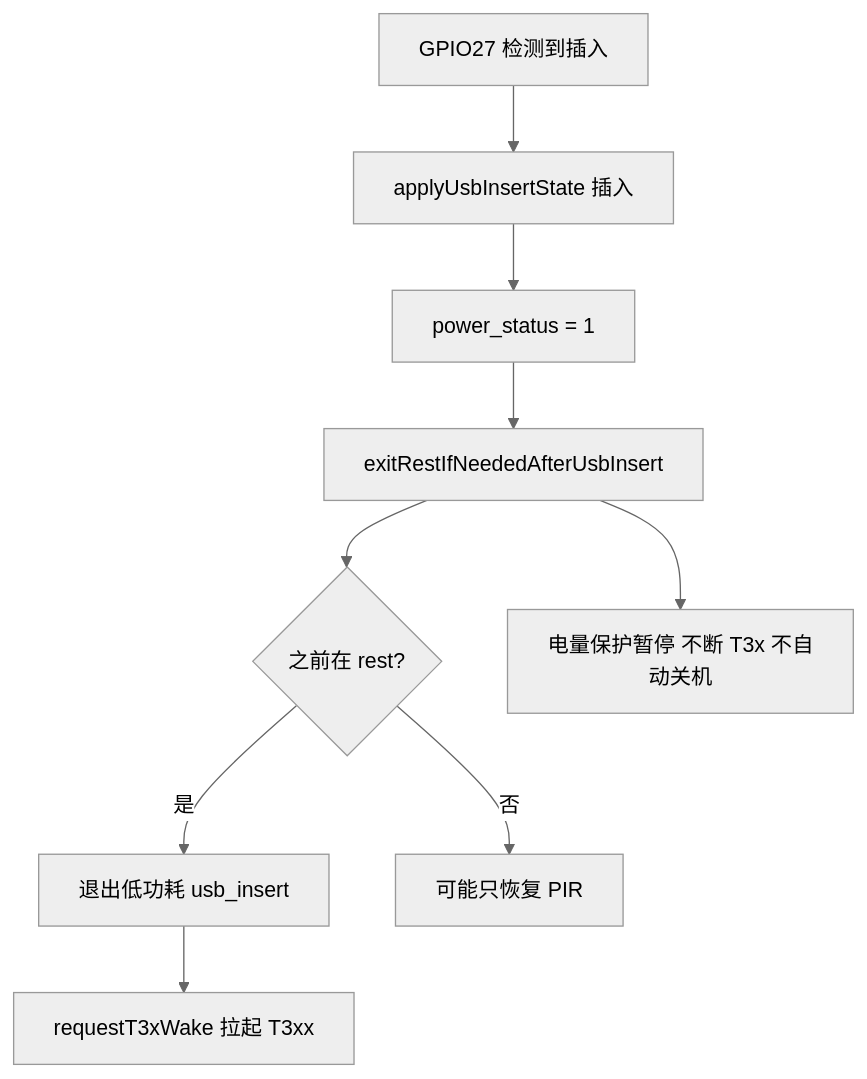
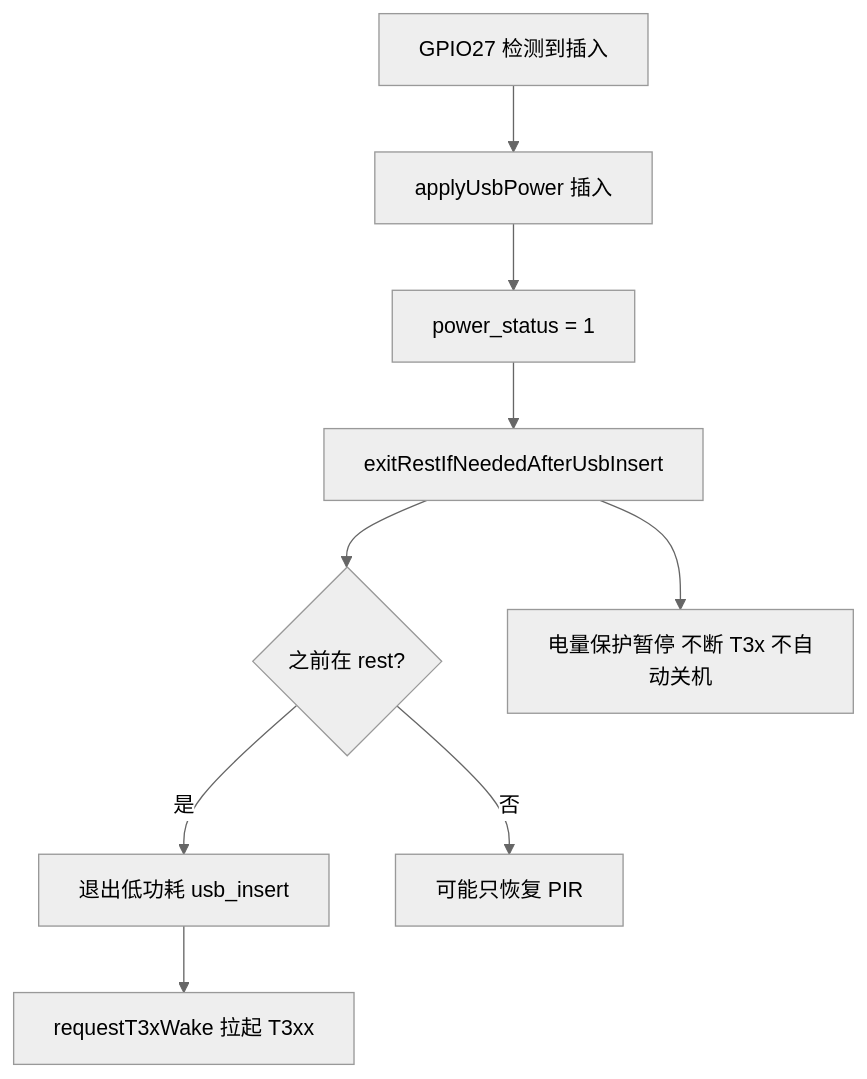
Before and after one commit to dzr1986/AIR780EHM: the second of 5 diagrams in doc/LOW_BATTERY_AND_LOW_POWER.md, drawn with Mermaid (neutral theme). The commit also changed other lines of this file and 84 other files, not shown here.

````diff
--- a/doc/LOW_BATTERY_AND_LOW_POWER.md
+++ b/doc/LOW_BATTERY_AND_LOW_POWER.md
@@ -83,11 +83,11 @@
 ```mermaid
 flowchart TD
-    A[GPIO27 检测到插入] --> B[applyUsbInsertState 插入]
+    A[GPIO27 检测到插入] --> B[applyUsbPower 插入]
     B --> C[power_status = 1]
     C --> D[exitRestIfNeededAfterUsbInsert]
     D --> E{之前在 rest?}
     E -->|是| F[退出低功耗 usb_insert]
     E -->|否| G[可能只恢复 PIR]
     F --> H[requestT3xWake 拉起 T3xx]
     D --> I[电量保护暂停 不断 T3x 不自动关机]
 ```
````
